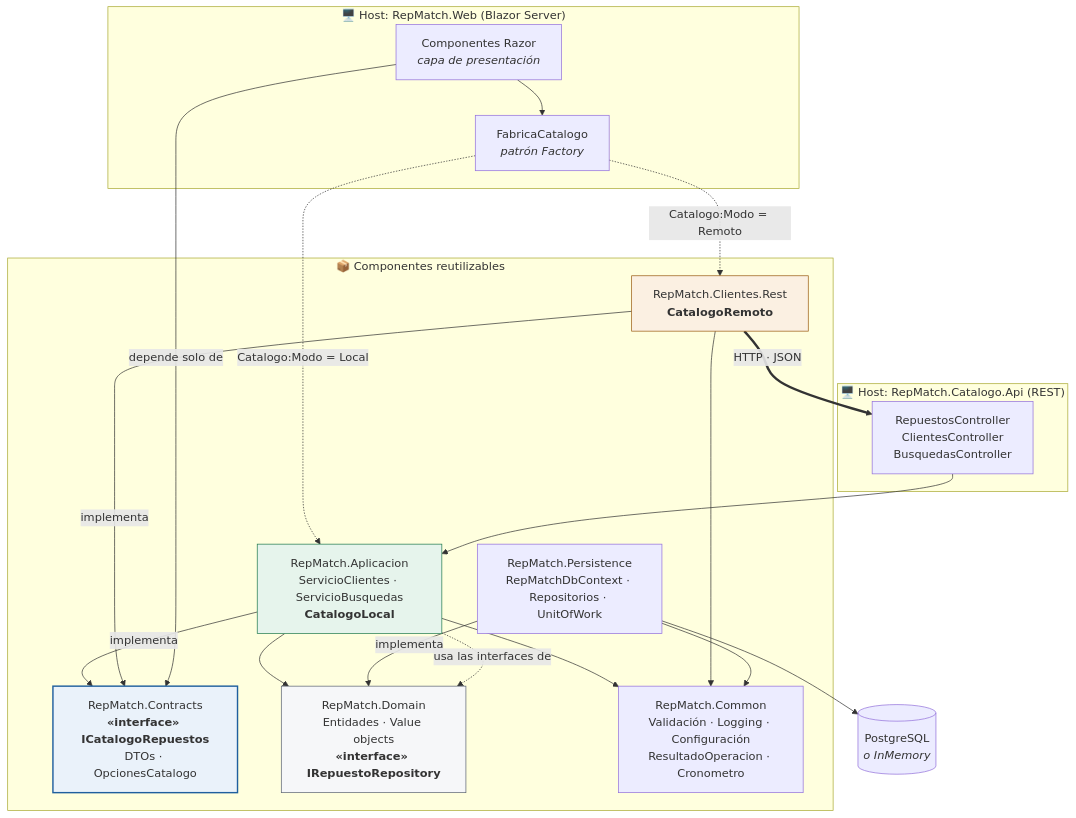
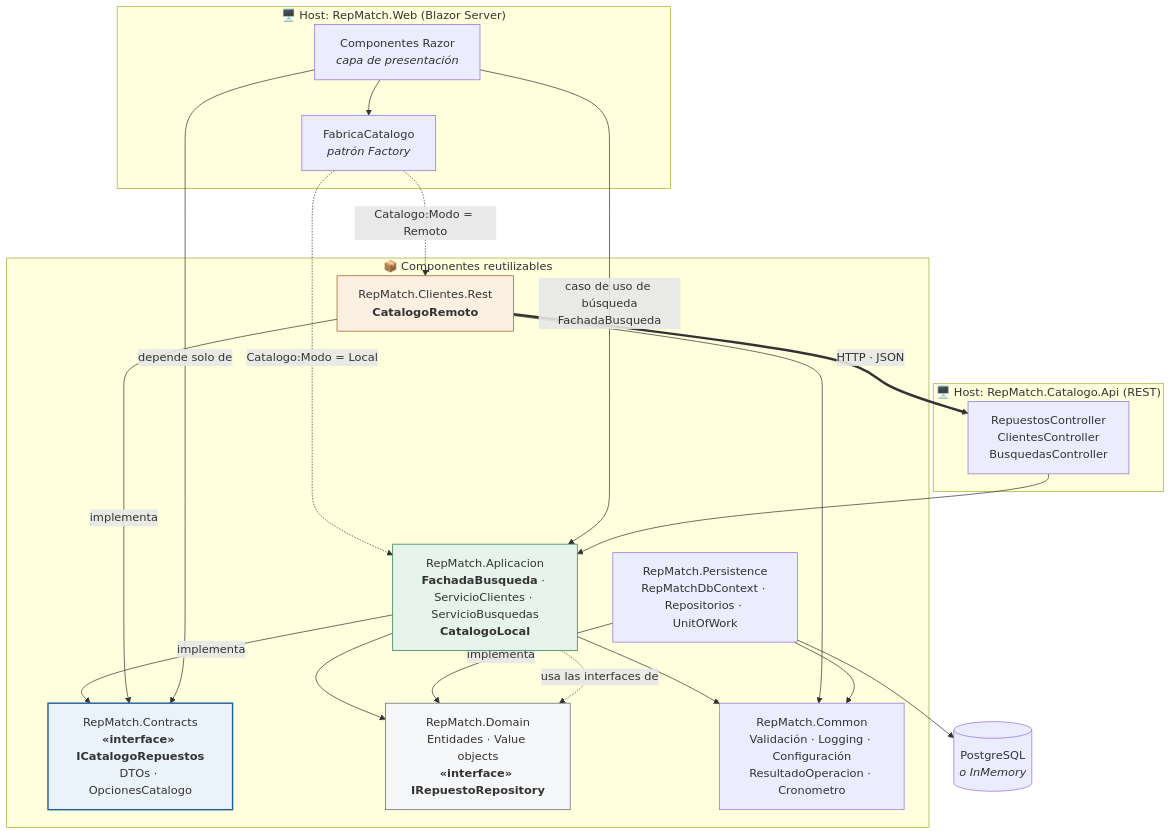
The diagram in docs/diagramas/componentes.md (lfb-00/tp-apps-2), drawn with Mermaid before and after one commit. The commit also changed other lines of this file and 10 other files, not shown here.

First line of the commit message:
Facade: FachadaBusqueda como puerta de entrada al caso de uso de búsqueda (#3)

````diff
--- a/docs/diagramas/componentes.md
+++ b/docs/diagramas/componentes.md
@@ -20,47 +20,48 @@
 ```mermaid
 flowchart TB
     subgraph host_web["🖥️ Host: RepMatch.Web (Blazor Server)"]
         UI["Componentes Razor<br/><i>capa de presentación</i>"]
         FAB["FabricaCatalogo<br/><i>patrón Factory</i>"]
     end
 
     subgraph host_api["🖥️ Host: RepMatch.Catalogo.Api (REST)"]
         CTRL["RepuestosController<br/>ClientesController<br/>BusquedasController"]
     end
 
     subgraph comp["📦 Componentes reutilizables"]
-        APP["RepMatch.Aplicacion<br/>ServicioClientes · ServicioBusquedas<br/><b>CatalogoLocal</b>"]
+        APP["RepMatch.Aplicacion<br/><b>FachadaBusqueda</b> · ServicioClientes · ServicioBusquedas<br/><b>CatalogoLocal</b>"]
         REST["RepMatch.Clientes.Rest<br/><b>CatalogoRemoto</b>"]
         CON["RepMatch.Contracts<br/><b>«interface» ICatalogoRepuestos</b><br/>DTOs · OpcionesCatalogo"]
         PER["RepMatch.Persistence<br/>RepMatchDbContext · Repositorios · UnitOfWork"]
         DOM["RepMatch.Domain<br/>Entidades · Value objects<br/><b>«interface» IRepuestoRepository</b>"]
         COM["RepMatch.Common<br/>Validación · Logging · Configuración<br/>ResultadoOperacion · Cronometro"]
     end
 
     BD[("PostgreSQL<br/><i>o InMemory</i>")]
 
     UI --> FAB
     FAB -. "Catalogo:Modo = Local" .-> APP
     FAB -. "Catalogo:Modo = Remoto" .-> REST
 
     APP -- implementa --> CON
     REST -- implementa --> CON
     UI -- "depende solo de" --> CON
+    UI -- "caso de uso de búsqueda<br/>FachadaBusqueda" --> APP
 
     REST == "HTTP · JSON" ==> CTRL
     CTRL --> APP
 
     APP --> DOM
     APP --> COM
     REST --> COM
     PER -- implementa --> DOM
     PER --> COM
     PER --> BD
 
     APP -. "usa las interfaces de" .-> DOM
 
     style CON fill:#eaf2fa,stroke:#1f5f9e,stroke-width:2px
     style APP fill:#e6f4ec,stroke:#1f7a4d
     style REST fill:#fbf0e2,stroke:#9a5b13
     style DOM fill:#f6f7f9,stroke:#5b6472
 ```
````
